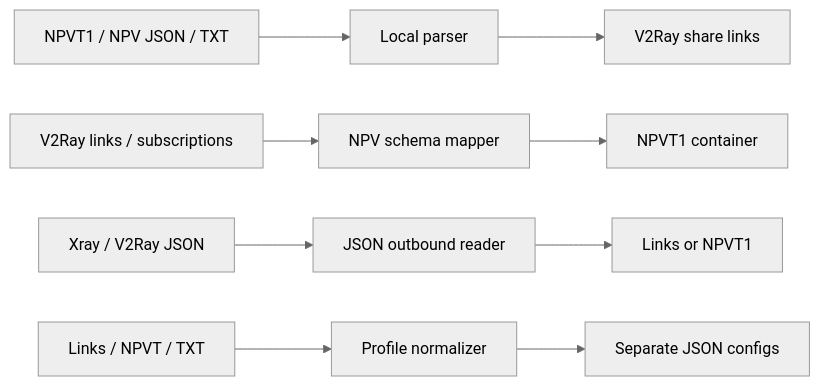
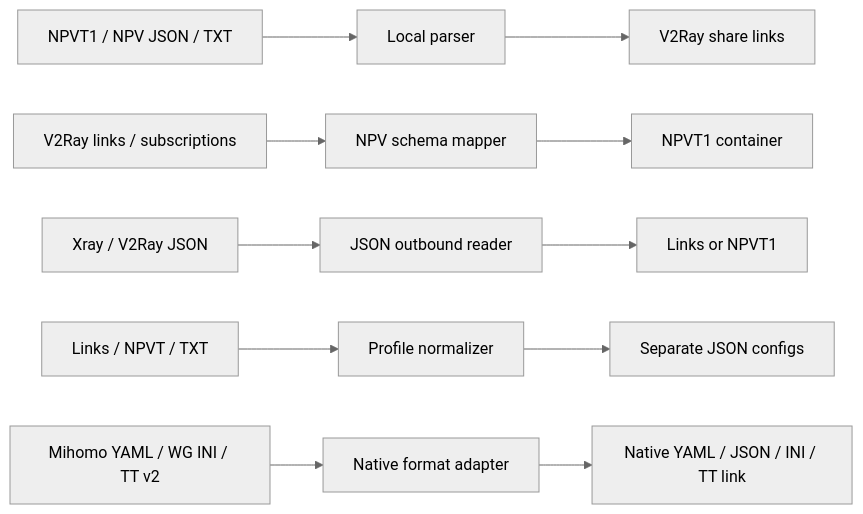
The first of 2 diagrams in README.md (TheLouisMahdi/npvt-terminal-converter), drawn with Mermaid (neutral theme) before and after one commit. The commit also changed other lines of this file and 5 other files, not shown here.

First line of the commit message:
qa: test all converter workflows and improve native-format UI (#12)

````diff
--- a/README.md
+++ b/README.md
@@ -81,14 +114,17 @@
 ```mermaid
 flowchart LR
     A[NPVT1 / NPV JSON / TXT] --> B[Local parser]
     B --> C[V2Ray share links]
 
     D[V2Ray links / subscriptions] --> E[NPV schema mapper]
     E --> F[NPVT1 container]
 
     G[Xray / V2Ray JSON] --> H[JSON outbound reader]
     H --> I[Links or NPVT1]
 
     J[Links / NPVT / TXT] --> K[Profile normalizer]
     K --> L[Separate JSON configs]
+
+    M[Mihomo YAML / WG INI / TT v2] --> N[Native format adapter]
+    N --> O[Native YAML / JSON / INI / TT link]
 ```
````
